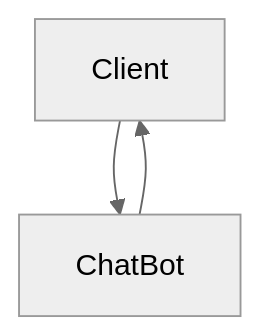
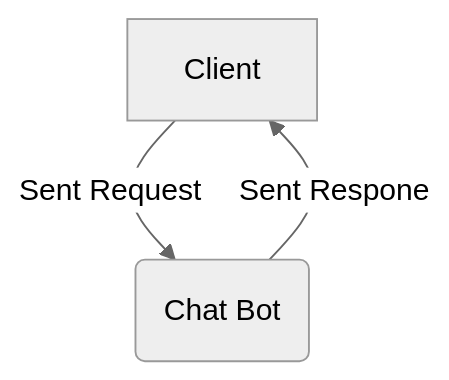
Before and after one commit to Cosc310team29/Chatbot: the diagram in README.md, drawn with Mermaid (neutral theme).

````diff
--- a/README.md
+++ b/README.md
@@ -22,5 +22,5 @@
 ```mermaid
-            graph TD 
-            A[Client] --> B[ChatBot];
-            B --> A
+            graph TD
+    A[Client] -->|Sent Request| B(Chat Bot)
+    B -->|Sent Respone| A
 ```
````
